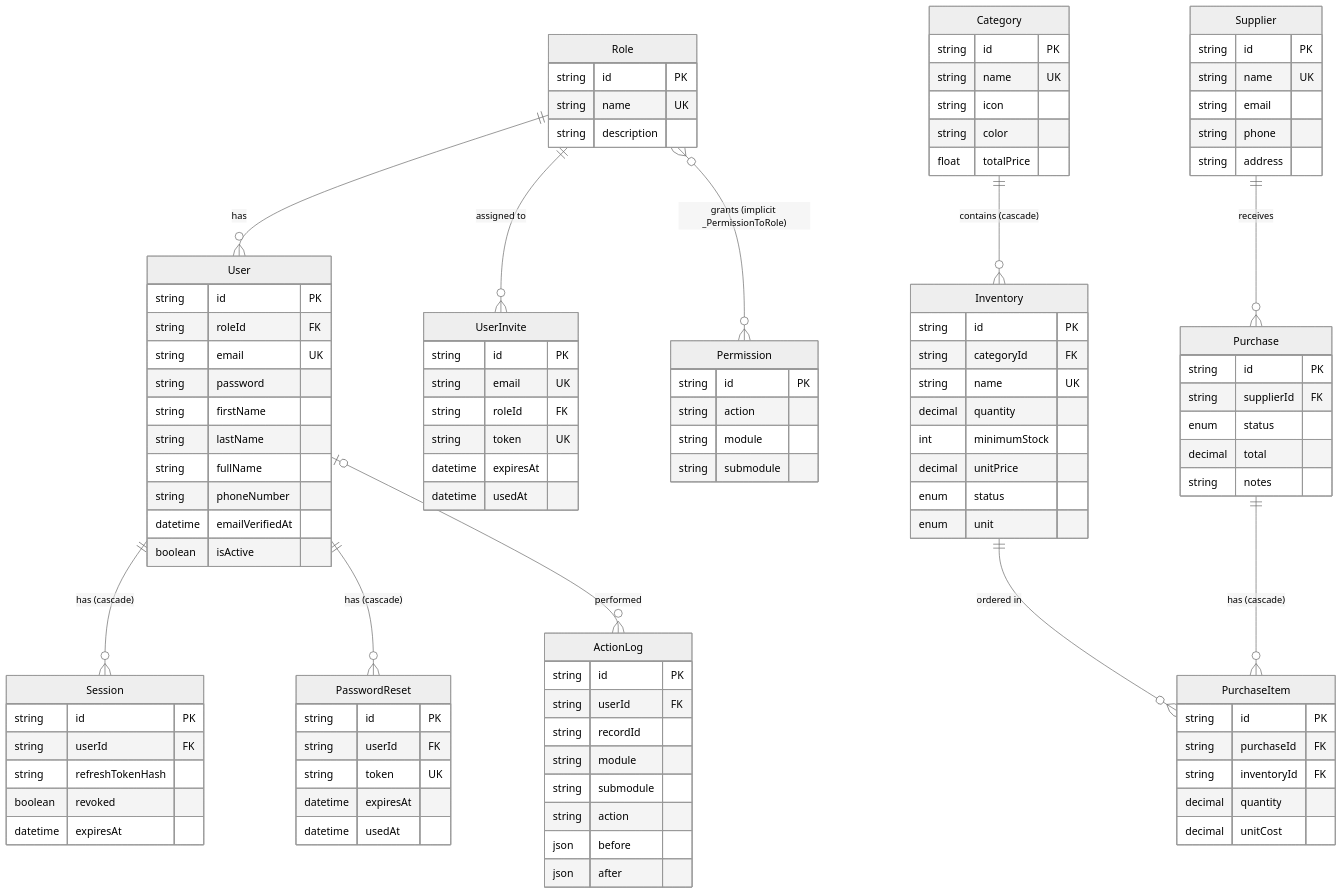
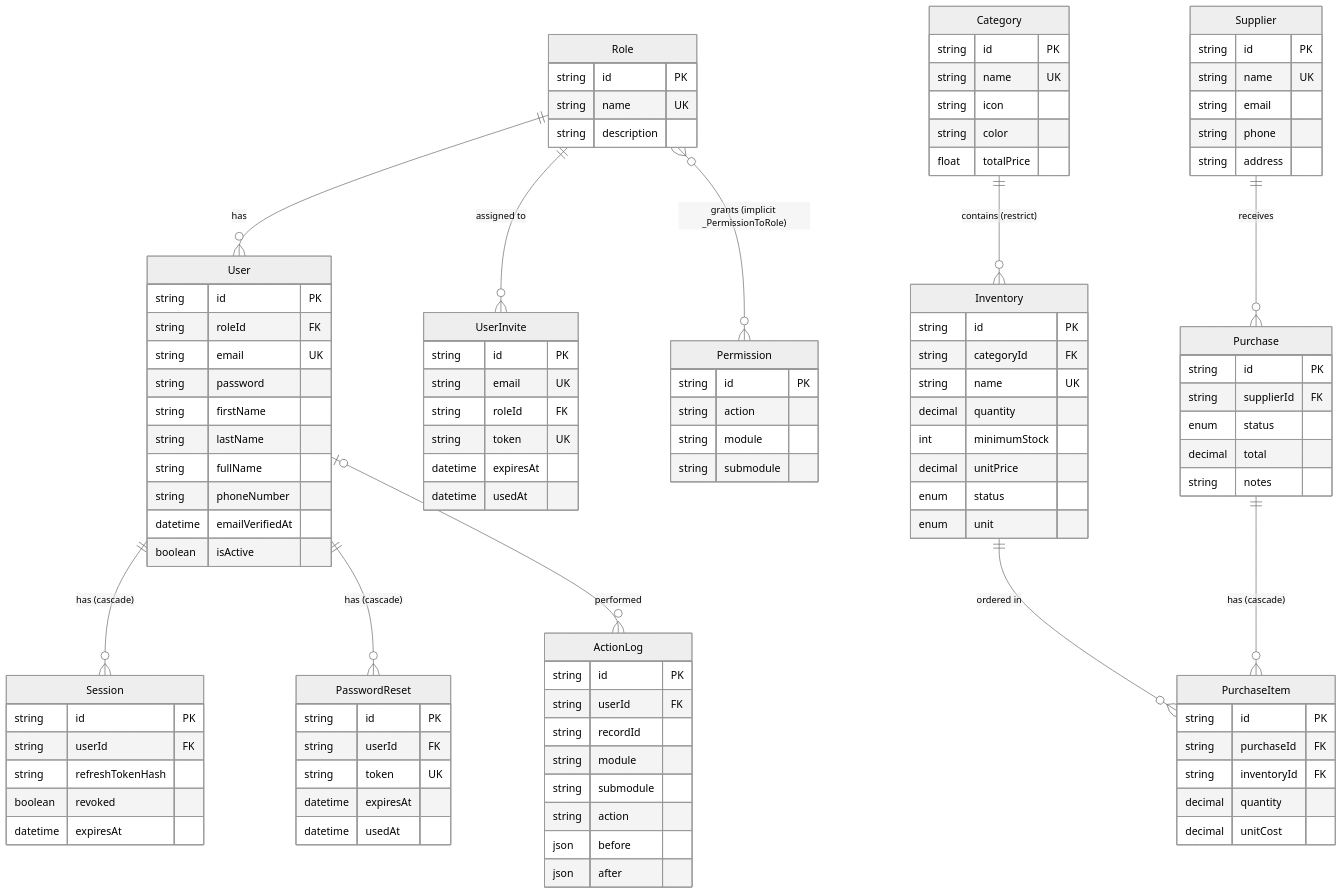
One commit to kai-dev00/Bean-Counter changed the diagram in docs/06-database.md. Above: the diagram before and after it, drawn with Mermaid (neutral theme). The commit also changed other lines of this file and 44 other files, not shown here.

```diff
--- a/docs/06-database.md
+++ b/docs/06-database.md
@@ -17,7 +17,7 @@
   User ||--o{ Session : "has (cascade)"
   User ||--o{ PasswordReset : "has (cascade)"
   User |o--o{ ActionLog : "performed"
-  Category ||--o{ Inventory : "contains (cascade)"
+  Category ||--o{ Inventory : "contains (restrict)"
   Inventory ||--o{ PurchaseItem : "ordered in"
   Supplier ||--o{ Purchase : "receives"
   Purchase ||--o{ PurchaseItem : "has (cascade)"
```
